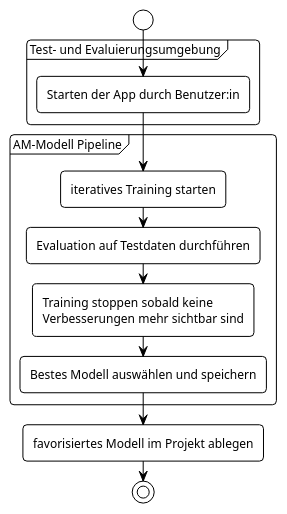
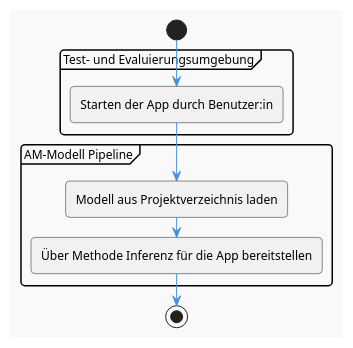
Before and after one commit to felixdrescher/german_am_modell: the diagram in documentation/model/act-laden.plantuml, drawn with PlantUML. The commit also changed 3 other files, not shown here.

```diff
--- a/documentation/model/act-laden.plantuml
+++ b/documentation/model/act-laden.plantuml
@@ -1,31 +1,29 @@
 @startuml Activity Diagram: Modell laden
-!theme plain
+!theme mars
 
 skinparam defaultFontName Arial
 skinparam defaultFontSize 12
 skinparam roundcorner 8
+
+skinparam arrow {
+    Color #4A90D9
+}
 
 start
 
 partition "Test- und Evaluierungsumgebung" {
 
     :Starten der App durch Benutzer:in;
 }
 
 
 partition "AM-Modell Pipeline" {
 
-    :iteratives Training starten;
-    :Evaluation auf Testdaten durchführen;
-    :Training stoppen sobald keine 
-    Verbesserungen mehr sichtbar sind;
-    :Bestes Modell auswählen und speichern;
-
+    :Modell aus Projektverzeichnis laden;
+    :Über Methode Inferenz für die App bereitstellen;
 }
 
-
-:favorisiertes Modell im Projekt ablegen;
 
 stop
 
 @enduml
```
